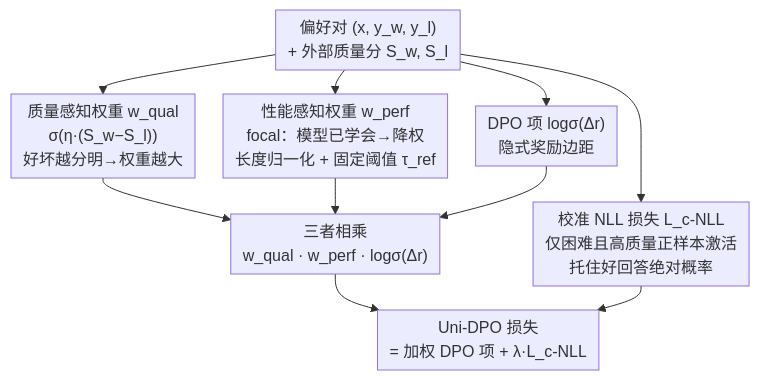
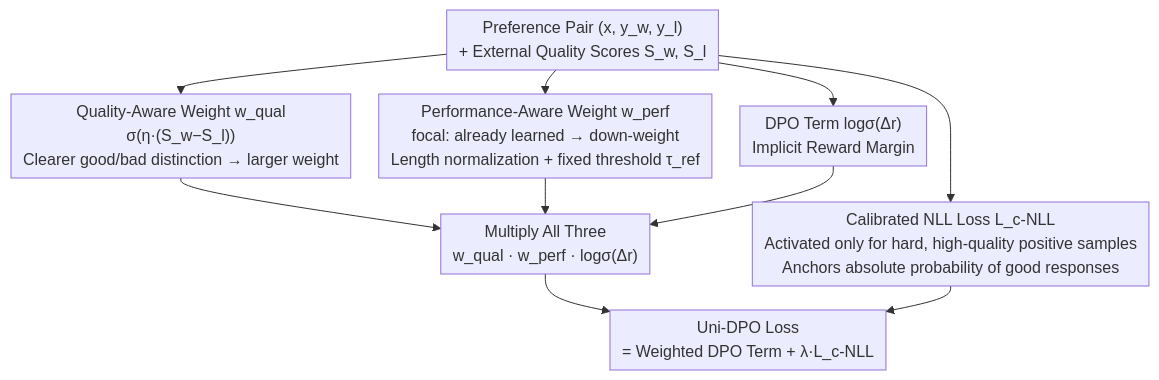
Before and after one commit to zhaoyang97/Paper-Notes-en: the diagram in docs/ICLR2026/multimodal_vlm/uni-dpo_a_unified_paradigm_for_dynamic_preference_optimization_of_llms.md, drawn with Mermaid. The commit also changed 644 other files, not shown here.

````diff
--- a/docs/ICLR2026/multimodal_vlm/uni-dpo_a_unified_paradigm_for_dynamic_preference_optimization_of_llms.md
+++ b/docs/ICLR2026/multimodal_vlm/uni-dpo_a_unified_paradigm_for_dynamic_preference_optimization_of_llms.md
@@ -54,14 +54,14 @@
 ```mermaid
 %%{init: {'flowchart': {'rankSpacing': 24, 'nodeSpacing': 28, 'padding': 6, 'wrappingWidth': 400}}}%%
 flowchart TD
-    IN["偏好对 (x, y_w, y_l)<br/>+ 外部质量分 S_w, S_l"]
-    IN --> QUAL["质量感知权重 w_qual<br/>σ(η·(S_w−S_l))<br/>好坏越分明→权重越大"]
-    IN --> PERF["性能感知权重 w_perf<br/>focal：模型已学会→降权<br/>长度归一化 + 固定阈值 τ_ref"]
-    IN --> DPO["DPO 项 logσ(Δr)<br/>隐式奖励边距"]
-    QUAL --> MUL["三者相乘<br/>w_qual · w_perf · logσ(Δr)"]
+    IN["Preference Pair (x, y_w, y_l)<br/>+ External Quality Scores S_w, S_l"]
+    IN --> QUAL["Quality-Aware Weight w_qual<br/>σ(η·(S_w−S_l))<br/>Clearer good/bad distinction → larger weight"]
+    IN --> PERF["Performance-Aware Weight w_perf<br/>focal: already learned → down-weight<br/>Length normalization + fixed threshold τ_ref"]
+    IN --> DPO["DPO Term logσ(Δr)<br/>Implicit Reward Margin"]
+    QUAL --> MUL["Multiply All Three<br/>w_qual · w_perf · logσ(Δr)"]
     PERF --> MUL
     DPO --> MUL
-    IN --> CNLL["校准 NLL 损失 L_c-NLL<br/>仅困难且高质量正样本激活<br/>托住好回答绝对概率"]
-    MUL --> SUM["Uni-DPO 损失<br/>= 加权 DPO 项 + λ·L_c-NLL"]
+    IN --> CNLL["Calibrated NLL Loss L_c-NLL<br/>Activated only for hard, high-quality positive samples<br/>Anchors absolute probability of good responses"]
+    MUL --> SUM["Uni-DPO Loss<br/>= Weighted DPO Term + λ·L_c-NLL"]
     CNLL --> SUM
 ```
````
